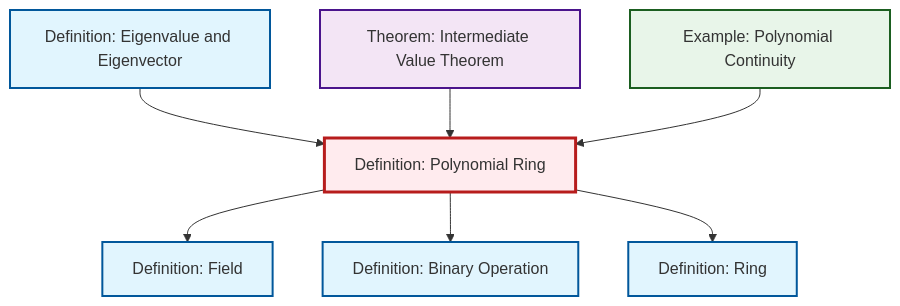
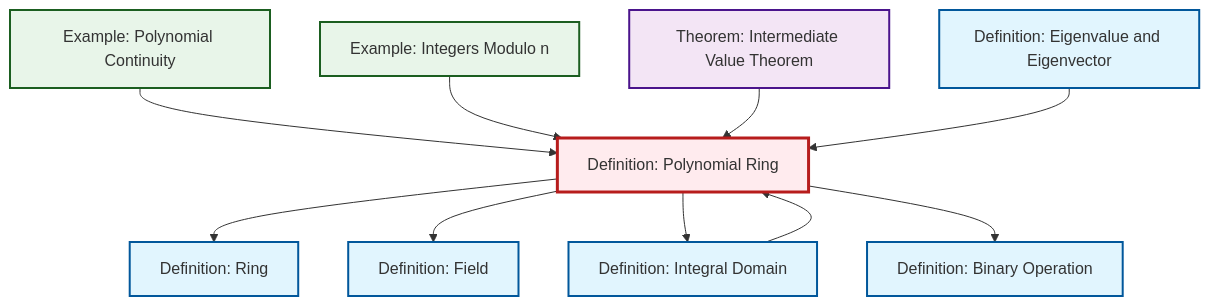
One commit to RK0429/ModernMath changed the diagram in content/en/algebra/def-polynomial-ring.qmd. Above: the diagram before and after it, drawn with Mermaid. The commit also changed other lines of this file and 597 other files, not shown here.

````diff
--- a/content/en/algebra/def-polynomial-ring.qmd
+++ b/content/en/algebra/def-polynomial-ring.qmd
@@ -94,29 +94,36 @@
 ```{mermaid}
 %%| fig-cap: "Local dependency graph"
 graph TD
     classDef definition fill:#e1f5fe,stroke:#01579b,stroke-width:2px
     classDef theorem fill:#f3e5f5,stroke:#4a148c,stroke-width:2px
     classDef axiom fill:#fff3e0,stroke:#e65100,stroke-width:2px
     classDef example fill:#e8f5e9,stroke:#1b5e20,stroke-width:2px
     classDef current fill:#ffebee,stroke:#b71c1c,stroke-width:3px
-    def-binary-operation["Definition: Binary Operation"]:::definition
-    def-ring["Definition: Ring"]:::definition
-    def-eigenvalue-eigenvector["Definition: Eigenvalue and Eigenvector"]:::definition
     ex-polynomial-continuity["Example: Polynomial Continuity"]:::example
+    def-integral-domain["Definition: Integral Domain"]:::definition
+    ex-quotient-integers-mod-n["Example: Integers Modulo n"]:::example
     def-polynomial-ring["Definition: Polynomial Ring"]:::definition
     thm-intermediate-value["Theorem: Intermediate Value Theorem"]:::theorem
+    def-ring["Definition: Ring"]:::definition
     def-field["Definition: Field"]:::definition
+    def-eigenvalue-eigenvector["Definition: Eigenvalue and Eigenvector"]:::definition
+    def-binary-operation["Definition: Binary Operation"]:::definition
+    def-integral-domain --> def-polynomial-ring
+    ex-polynomial-continuity --> def-polynomial-ring
+    ex-quotient-integers-mod-n --> def-polynomial-ring
+    def-polynomial-ring --> def-ring
     def-polynomial-ring --> def-field
+    thm-intermediate-value --> def-polynomial-ring
+    def-polynomial-ring --> def-integral-domain
+    def-eigenvalue-eigenvector --> def-polynomial-ring
     def-polynomial-ring --> def-binary-operation
-    def-eigenvalue-eigenvector --> def-polynomial-ring
-    def-polynomial-ring --> def-ring
-    thm-intermediate-value --> def-polynomial-ring
-    ex-polynomial-continuity --> def-polynomial-ring
     class def-polynomial-ring current
+    click ex-polynomial-continuity "ex-polynomial-continuity.html" "Go to Polynomial Continuity example"
+    click def-integral-domain "def-integral-domain.html" "Go to Integral Domain definition"
+    click ex-quotient-integers-mod-n "ex-quotient-integers-mod-n.html" "Go to Integers Modulo n example"
+    click thm-intermediate-value "thm-intermediate-value.html" "Go to Intermediate Value Theorem theorem"
+    click def-ring "def-ring.html" "Go to Ring definition"
+    click def-field "def-field.html" "Go to Field definition"
+    click def-eigenvalue-eigenvector "def-eigenvalue-eigenvector.html" "Go to Eigenvalue and Eigenvector definition"
     click def-binary-operation "def-binary-operation.html" "Go to Binary Operation definition"
-    click def-ring "def-ring.html" "Go to Ring definition"
-    click def-eigenvalue-eigenvector "def-eigenvalue-eigenvector.html" "Go to Eigenvalue and Eigenvector definition"
-    click ex-polynomial-continuity "ex-polynomial-continuity.html" "Go to Polynomial Continuity example"
-    click thm-intermediate-value "thm-intermediate-value.html" "Go to Intermediate Value Theorem theorem"
-    click def-field "def-field.html" "Go to Field definition"
 ```
````
